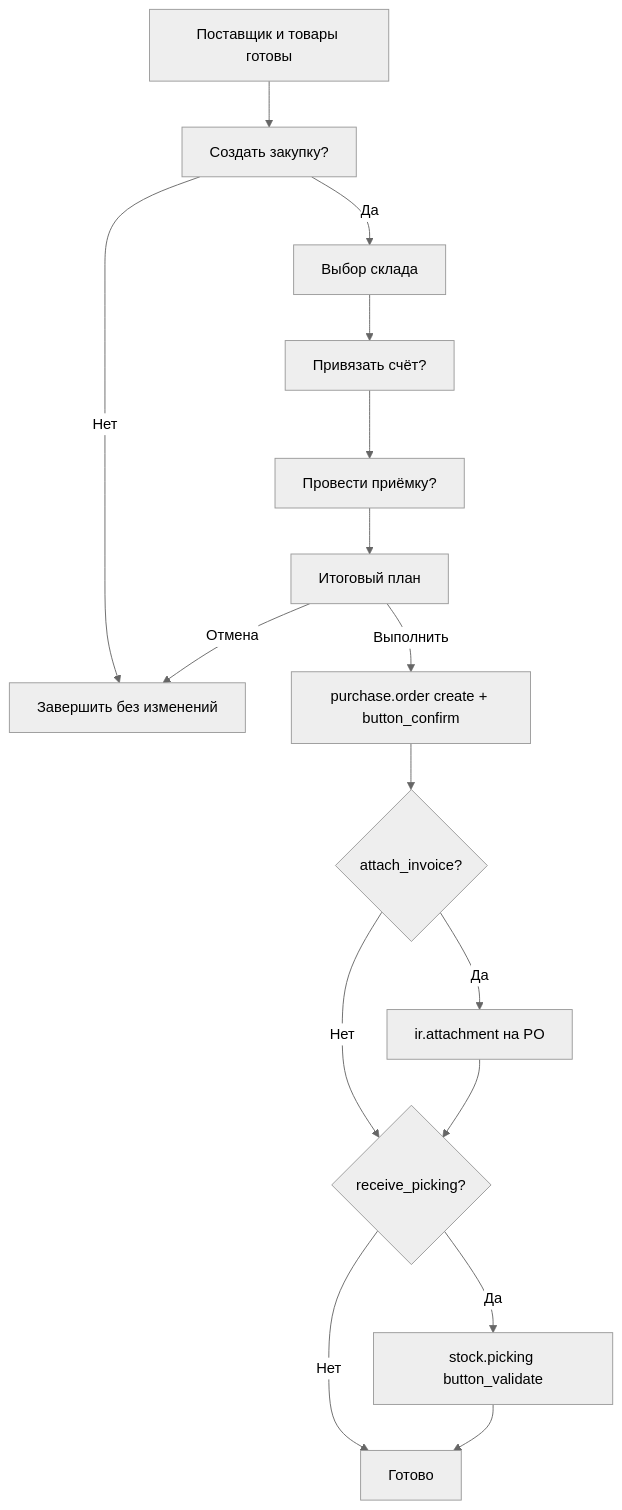
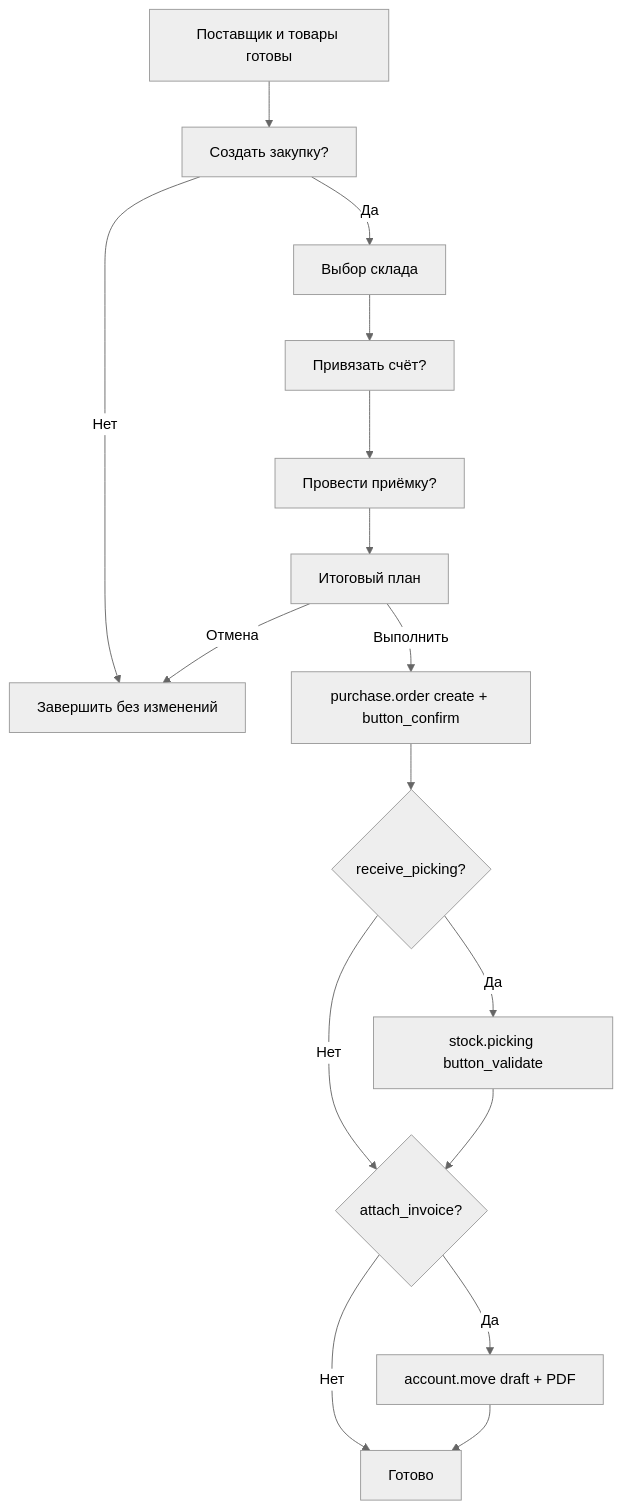
One commit to Sergtsk45/sklad changed the seventh of 8 diagrams in docs/project.md. Above: the diagram before and after it, drawn with Mermaid (neutral theme). The commit also changed other lines of this file and 9 other files, not shown here.

First line of the commit message:
feat(ai_assistant): «Привязать счёт?» создаёт vendor bill с PDF

````diff
--- a/docs/project.md
+++ b/docs/project.md
@@ -519,18 +522,18 @@
 ```mermaid
 flowchart TD
     Ready[Поставщик и товары готовы] --> AskPO[Создать закупку?]
     AskPO -->|Нет| Stop[Завершить без изменений]
     AskPO -->|Да| Warehouse[Выбор склада]
     Warehouse --> Attach[Привязать счёт?]
     Attach --> Receipt[Провести приёмку?]
     Receipt --> Plan[Итоговый план]
     Plan -->|Отмена| Stop
     Plan -->|Выполнить| PO[purchase.order create + button_confirm]
-    PO --> MaybeAttach{attach_invoice?}
-    MaybeAttach -->|Да| PDF[ir.attachment на PO]
-    MaybeAttach -->|Нет| MaybeReceipt
-    PDF --> MaybeReceipt{receive_picking?}
+    PO --> MaybeReceipt{receive_picking?}
     MaybeReceipt -->|Да| Picking[stock.picking button_validate]
-    MaybeReceipt -->|Нет| Done[Готово]
-    Picking --> Done
+    MaybeReceipt -->|Нет| MaybeAttach
+    Picking --> MaybeAttach{attach_invoice?}
+    MaybeAttach -->|Да| Bill[account.move draft + PDF]
+    MaybeAttach -->|Нет| Done[Готово]
+    Bill --> Done
 ```
````
